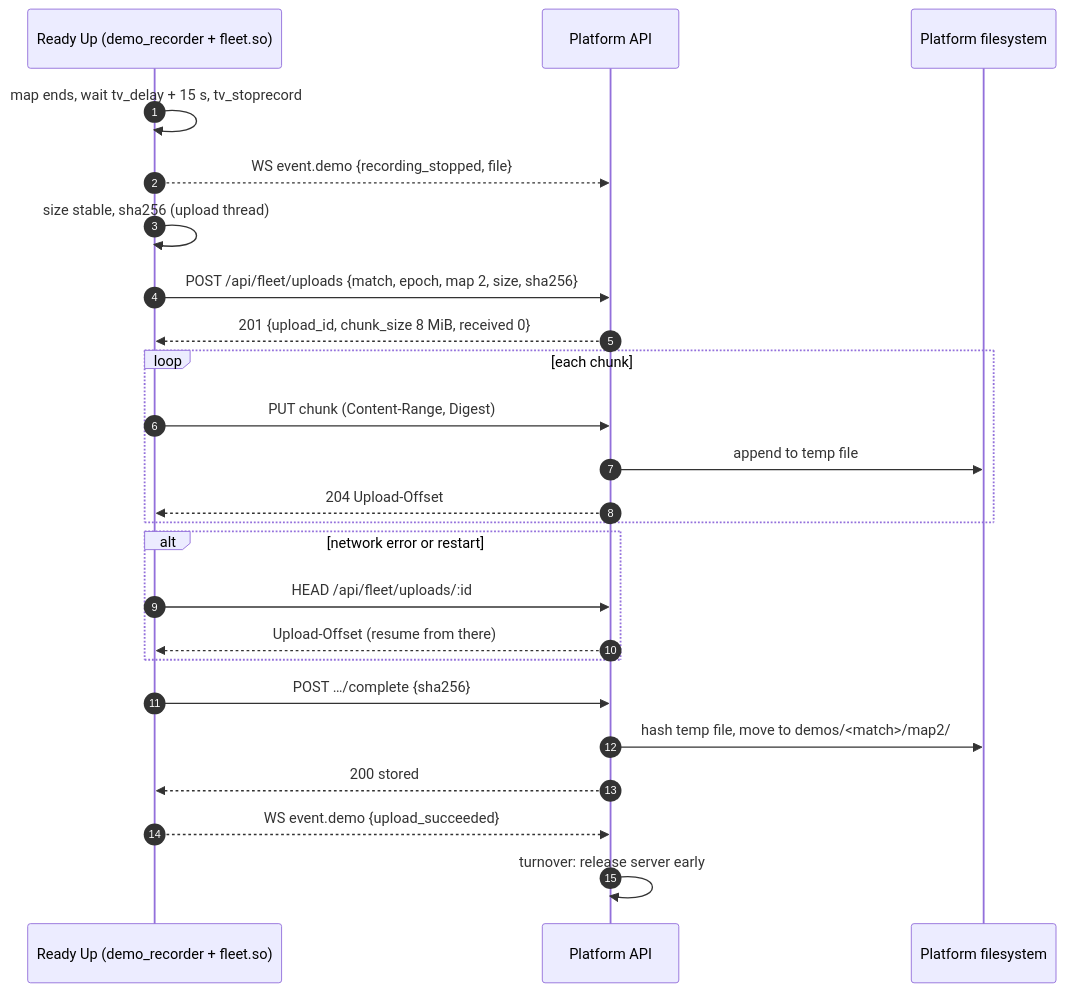
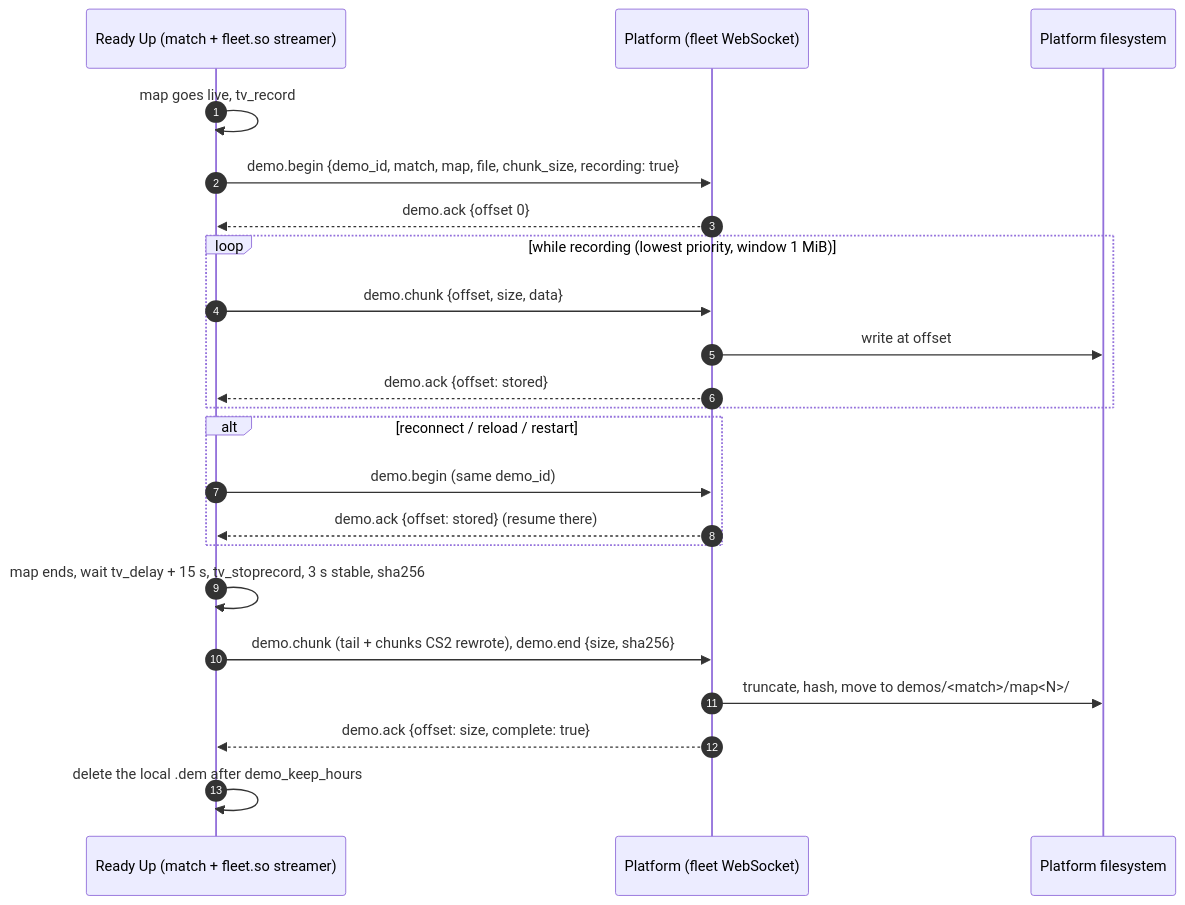
Before and after one commit to Auto-Tournament/ready-up: the sixth of 7 diagrams in docs/FLEET.md, drawn with Mermaid. The commit also changed other lines of this file and 62 other files, not shown here.

````diff
--- a/docs/FLEET.md
+++ b/docs/FLEET.md
@@ -1054,26 +1155,24 @@
 ```mermaid
 sequenceDiagram
     autonumber
-    participant RU as Ready Up (demo_recorder + fleet.so)
-    participant API as Platform API
+    participant RU as Ready Up (match + fleet.so streamer)
+    participant API as Platform (fleet WebSocket)
     participant FS as Platform filesystem
-    RU->>RU: map ends, wait tv_delay + 15 s, tv_stoprecord
-    RU-->>API: WS event.demo {recording_stopped, file}
-    RU->>RU: size stable, sha256 (upload thread)
-    RU->>API: POST /api/fleet/uploads {match, epoch, map 2, size, sha256}
-    API-->>RU: 201 {upload_id, chunk_size 8 MiB, received 0}
-    loop each chunk
-        RU->>API: PUT chunk (Content-Range, Digest)
-        API->>FS: append to temp file
-        API-->>RU: 204 Upload-Offset
+    RU->>RU: map goes live, tv_record
+    RU->>API: demo.begin {demo_id, match, map, file, chunk_size, recording: true}
+    API-->>RU: demo.ack {offset 0}
+    loop while recording (lowest priority, window 1 MiB)
+        RU->>API: demo.chunk {offset, size, data}
+        API->>FS: write at offset
+        API-->>RU: demo.ack {offset: stored}
     end
-    alt network error or restart
-        RU->>API: HEAD /api/fleet/uploads/:id
-        API-->>RU: Upload-Offset (resume from there)
+    alt reconnect / reload / restart
+        RU->>API: demo.begin (same demo_id)
+        API-->>RU: demo.ack {offset: stored} (resume there)
     end
-    RU->>API: POST …/complete {sha256}
-    API->>FS: hash temp file, move to demos/<match>/map2/
-    API-->>RU: 200 stored
-    RU-->>API: WS event.demo {upload_succeeded}
-    API->>API: turnover: release server early
+    RU->>RU: map ends, wait tv_delay + 15 s, tv_stoprecord, 3 s stable, sha256
+    RU->>API: demo.chunk (tail + chunks CS2 rewrote), demo.end {size, sha256}
+    API->>FS: truncate, hash, move to demos/<match>/map<N>/
+    API-->>RU: demo.ack {offset: size, complete: true}
+    RU->>RU: delete the local .dem after demo_keep_hours
 ```
````
